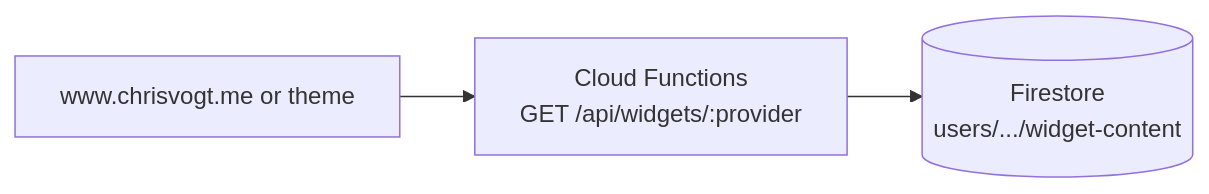
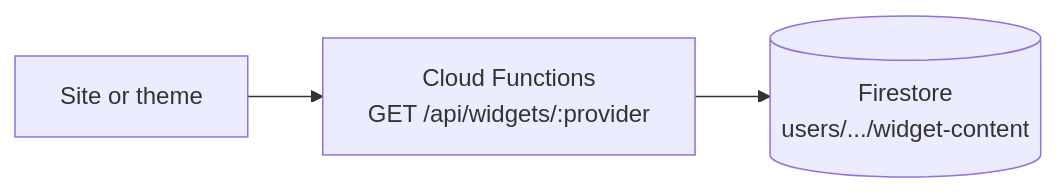
Before and after one commit to chrisvogt/metrics: the second of 4 diagrams in README.md, drawn with Mermaid. The commit also changed other lines of this file and 6 other files, not shown here.

First line of the commit message:
docs: align READMEs and agent docs with tenant API and /widgets routing

````diff
--- a/README.md
+++ b/README.md
@@ -88,5 +88,5 @@
 ```mermaid
 flowchart LR
-  site[www.chrisvogt.me or theme] --> fn[Cloud Functions<br/>GET /api/widgets/:provider]
+  site[Site or theme] --> fn[Cloud Functions<br/>GET /api/widgets/:provider]
   fn --> fs[(Firestore<br/>users/.../widget-content)]
 ```
````
